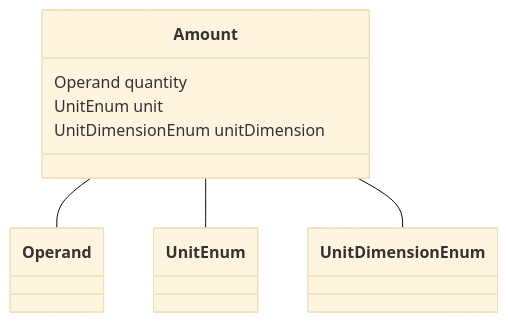
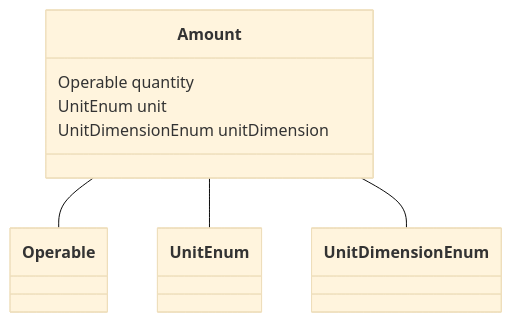
Before and after one commit to codexstanford/Insurance-Payout-Ontology: the diagram in datamodel-build/mermaid/Amount.mmd, drawn with Mermaid (base theme). The commit also changed 122 other files, not shown here.

Commit message:
Add a coherence/schema validation process. Fix some incoherences

```diff
--- a/datamodel-build/mermaid/Amount.mmd
+++ b/datamodel-build/mermaid/Amount.mmd
@@ -1,13 +1,13 @@
 classDiagram
-  Amount -- Operand
+  Amount -- Operable
 Amount -- UnitEnum
 Amount -- UnitDimensionEnum
 
 
 class Amount {
 
-  Operand quantity
+  Operable quantity
   UnitEnum unit
   UnitDimensionEnum unitDimension
 
 }
```
